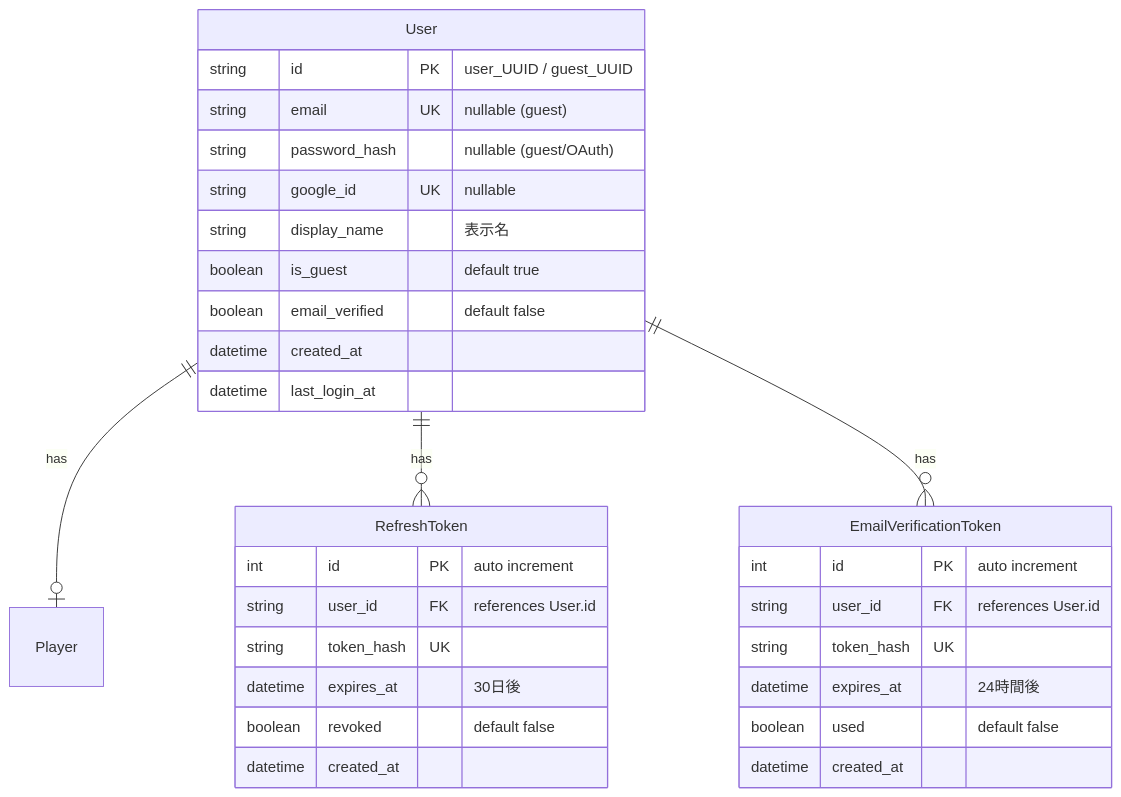
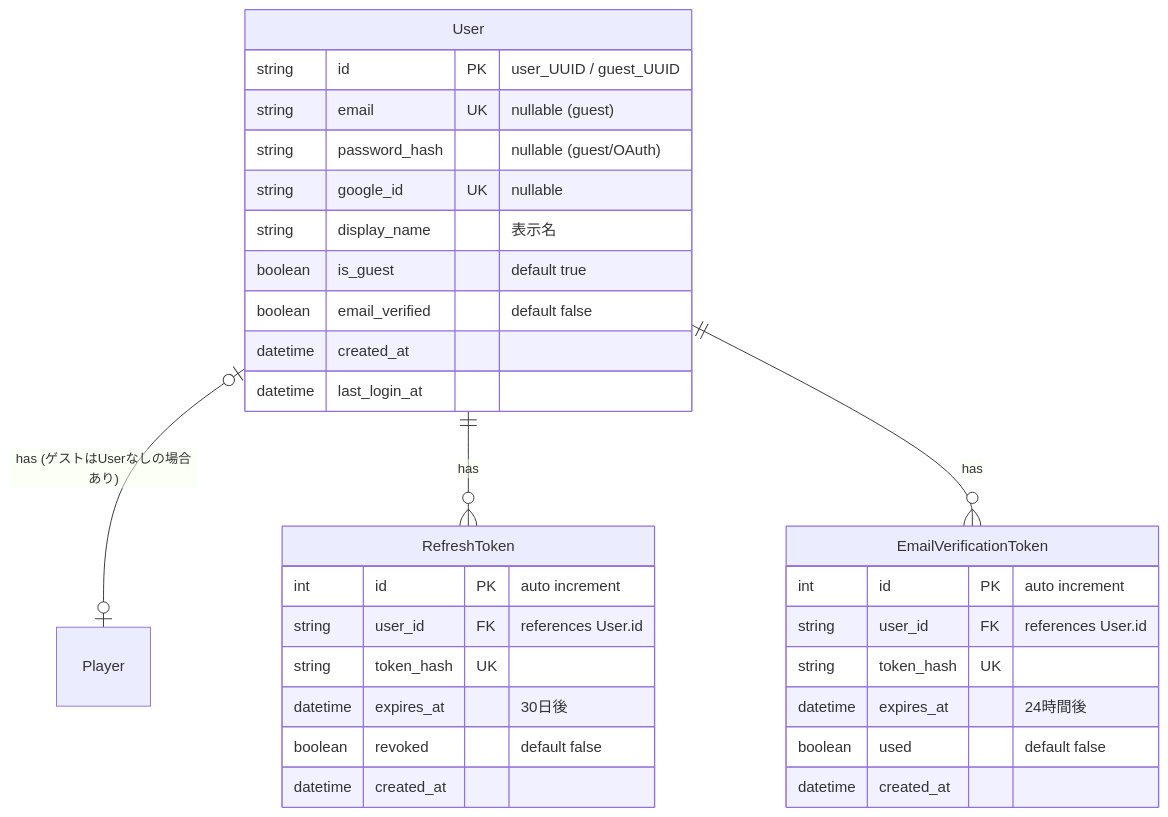
One commit to dateeee/2026_AFKGAME changed the first of 6 diagrams in diagrams/er_diagram.md. Above: the diagram before and after it, drawn with Mermaid. The commit also changed other lines of this file and 34 other files, not shown here.

First line of the commit message:
docs+fix: 工程定義に基づく要件〜詳細設計の見直し — 全仕様書・設計図レビューと指摘修正

````diff
--- a/diagrams/er_diagram.md
+++ b/diagrams/er_diagram.md
@@ -7,37 +7,37 @@
 ```mermaid
 %%{init: {'theme': 'default', 'themeVariables': {'fontSize': '16px'}} }%%
 erDiagram
-    User ||--o| Player : "has"
+    User |o--o| Player : "has (ゲストはUserなしの場合あり)"
     User ||--o{ RefreshToken : "has"
     User ||--o{ EmailVerificationToken : "has"
 
     User {
         string id PK "user_UUID / guest_UUID"
         string email UK "nullable (guest)"
         string password_hash "nullable (guest/OAuth)"
         string google_id UK "nullable"
         string display_name "表示名"
         boolean is_guest "default true"
         boolean email_verified "default false"
         datetime created_at
         datetime last_login_at
     }
 
     RefreshToken {
         int id PK "auto increment"
         string user_id FK "references User.id"
         string token_hash UK
         datetime expires_at "30日後"
         boolean revoked "default false"
         datetime created_at
     }
 
     EmailVerificationToken {
         int id PK "auto increment"
         string user_id FK "references User.id"
         string token_hash UK
         datetime expires_at "24時間後"
         boolean used "default false"
         datetime created_at
     }
 ```
````
